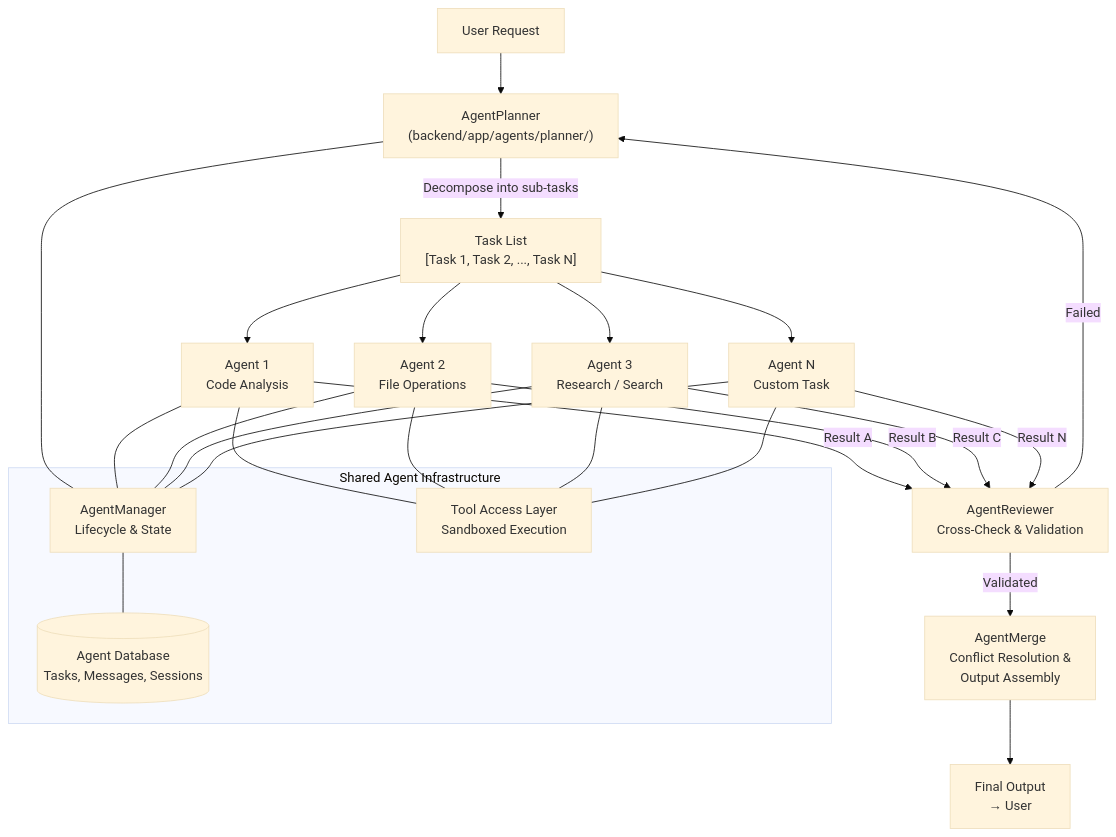
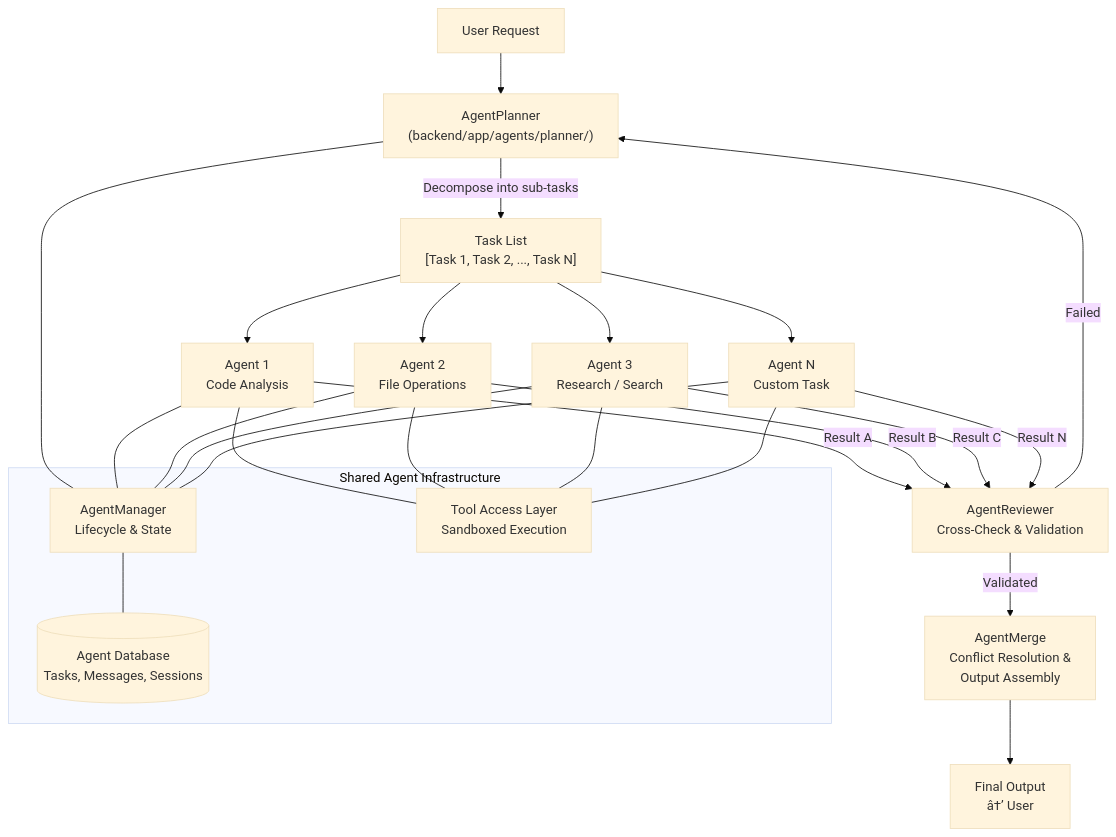
Before and after one commit to manojkumar12-maker/AICluster-Studio: the eighth of 12 diagrams in docs/Architecture/MERMAID_DIAGRAMS.md, drawn with Mermaid (base theme). The commit also changed other lines of this file and 133 other files, not shown here.

````diff
--- a/docs/Architecture/MERMAID_DIAGRAMS.md
+++ b/docs/Architecture/MERMAID_DIAGRAMS.md
@@ -351,38 +351,38 @@
 ```mermaid
 flowchart TD
     REQ["User Request"] --> PLANNER["AgentPlanner\n(backend/app/agents/planner/)"]
 
     PLANNER -->|"Decompose into sub-tasks"| TASK_LIST["Task List\n[Task 1, Task 2, ..., Task N]"]
 
     TASK_LIST --> AGENT1["Agent 1\nCode Analysis"]
     TASK_LIST --> AGENT2["Agent 2\nFile Operations"]
     TASK_LIST --> AGENT3["Agent 3\nResearch / Search"]
     TASK_LIST --> AGENTN["Agent N\nCustom Task"]
 
     AGENT1 -->|"Result A"| REVIEWER["AgentReviewer\nCross-Check & Validation"]
     AGENT2 -->|"Result B"| REVIEWER
     AGENT3 -->|"Result C"| REVIEWER
     AGENTN -->|"Result N"| REVIEWER
 
     REVIEWER -->|"Validated"| MERGER["AgentMerge\nConflict Resolution &\nOutput Assembly"]
     REVIEWER -->|"Failed"| PLANNER
 
-    MERGER --> FINAL["Final Output\n→ User"]
+    MERGER --> FINAL["Final Output\nâ†’ User"]
 
     subgraph AgentServices["Shared Agent Infrastructure"]
         AGENT_MGR["AgentManager\nLifecycle & State"]
         AGENT_DB[("Agent Database\nTasks, Messages, Sessions")]
         TOOL_AG["Tool Access Layer\nSandboxed Execution"]
     end
 
     PLANNER --- AGENT_MGR
     AGENT1 --- AGENT_MGR
     AGENT2 --- AGENT_MGR
     AGENT3 --- AGENT_MGR
     AGENTN --- AGENT_MGR
     AGENT_MGR --- AGENT_DB
     AGENT1 --- TOOL_AG
     AGENT2 --- TOOL_AG
     AGENT3 --- TOOL_AG
     AGENTN --- TOOL_AG
 ```
````
